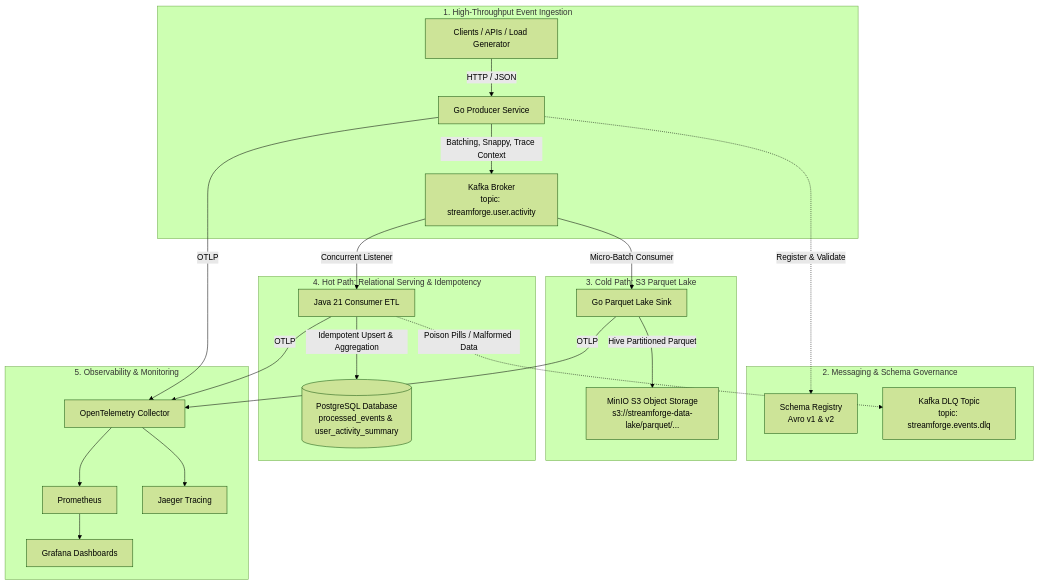
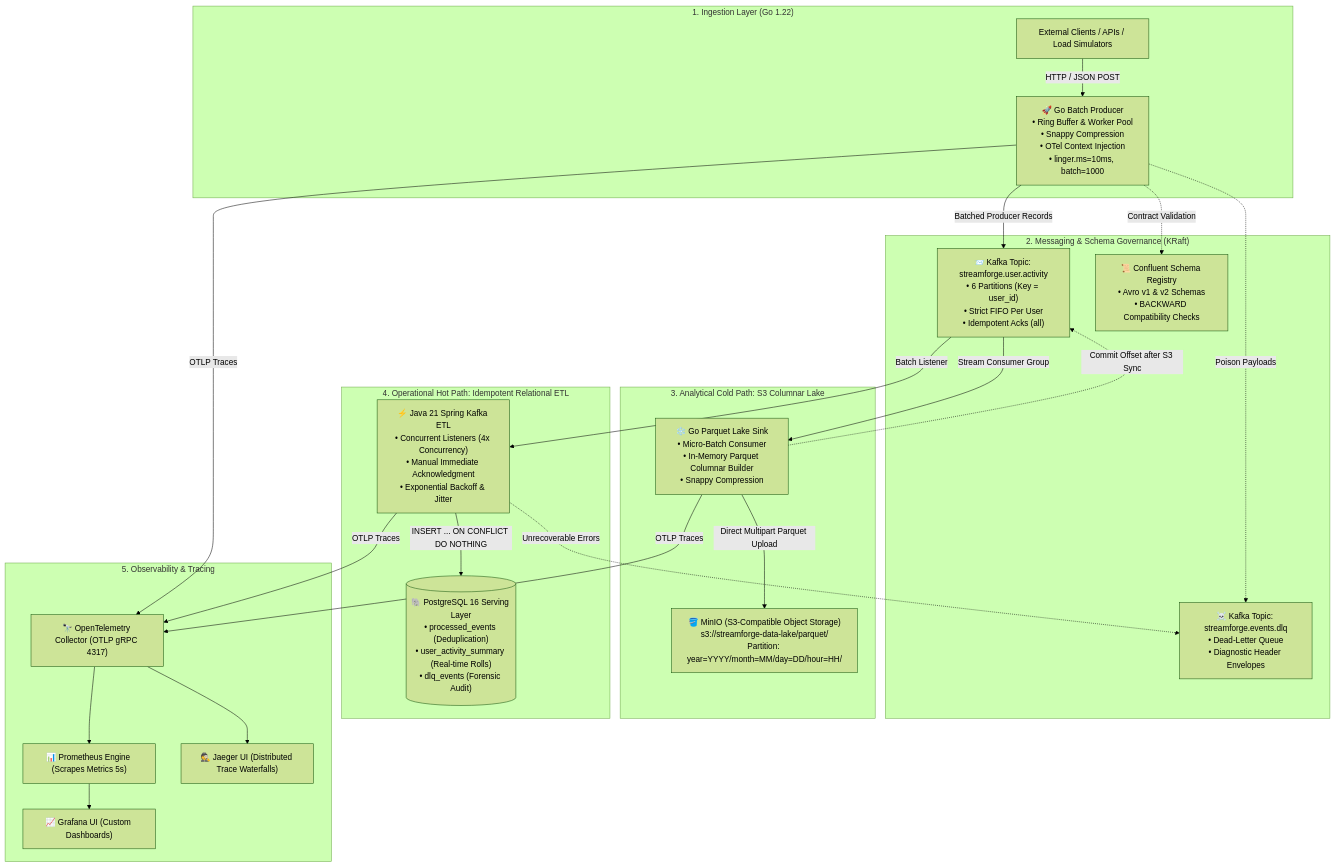
One commit to PremKudale/StreamForge---High-Throughput-Kafka-Data-Lake-Pipeline changed the first of 2 diagrams in README.md. Above: the diagram before and after it, drawn with Mermaid (forest theme). The commit also changed other lines of this file and 1 other file, not shown here.

````diff
--- a/README.md
+++ b/README.md
@@ -41,39 +44,50 @@
 ```mermaid
 flowchart TD
-    subgraph Producers ["1. High-Throughput Event Ingestion"]
-        P[Clients / APIs / Load Generator] -->|HTTP / JSON| GP[Go Producer Service]
-        GP -->|Batching, Snappy, Trace Context| KAFKA[Kafka Broker\ntopic: streamforge.user.activity]
+    subgraph INGESTION ["1. Ingestion Layer (Go 1.22)"]
+        Client[External Clients / APIs / Load Simulators]
+        GoProducer["🚀 Go Batch Producer\n• Ring Buffer & Worker Pool\n• Snappy Compression\n• OTel Context Injection\n• linger.ms=10ms, batch=1000"]
+        Client -->|HTTP / JSON POST| GoProducer
     end
 
-    subgraph Streaming ["2. Messaging & Schema Governance"]
-        KAFKA
-        REG[Schema Registry\nAvro v1 & v2]
-        DLQ[Kafka DLQ Topic\ntopic: streamforge.events.dlq]
-        GP -.->|Register & Validate| REG
+    subgraph MESSAGING ["2. Messaging & Schema Governance (KRaft)"]
+        KafkaMain["📨 Kafka Topic: streamforge.user.activity\n• 6 Partitions (Key = user_id)\n• Strict FIFO Per User\n• Idempotent Acks (all)"]
+        KafkaDLQ["☠️ Kafka Topic: streamforge.events.dlq\n• Dead-Letter Queue\n• Diagnostic Header Envelopes"]
+        SchemaReg["📜 Confluent Schema Registry\n• Avro v1 & v2 Schemas\n• BACKWARD Compatibility Checks"]
+        
+        GoProducer -->|Batched Producer Records| KafkaMain
+        GoProducer -.->|Poison Payloads| KafkaDLQ
+        GoProducer -.->|Contract Validation| SchemaReg
     end
 
-    subgraph AnalyticalLake ["3. Cold Path: S3 Parquet Lake"]
-        KAFKA -->|Micro-Batch Consumer| SINK[Go Parquet Lake Sink]
-        SINK -->|Hive Partitioned Parquet| MINIO[MinIO S3 Object Storage\ns3://streamforge-data-lake/parquet/...]
+    subgraph COLD_PATH ["3. Analytical Cold Path: S3 Columnar Lake"]
+        GoSink["❄️ Go Parquet Lake Sink\n• Micro-Batch Consumer\n• In-Memory Parquet Columnar Builder\n• Snappy Compression"]
+        MinIO["🪣 MinIO (S3-Compatible Object Storage)\ns3://streamforge-data-lake/parquet/\nPartition: year=YYYY/month=MM/day=DD/hour=HH/"]
+        
+        KafkaMain -->|Stream Consumer Group| GoSink
+        GoSink -->|Direct Multipart Parquet Upload| MinIO
+        GoSink -.->|Commit Offset after S3 Sync| KafkaMain
     end
 
-    subgraph OperationalETL ["4. Hot Path: Relational Serving & Idempotency"]
-        KAFKA -->|Concurrent Listener| JAVA[Java 21 Consumer ETL]
-        JAVA -->|Idempotent Upsert & Aggregation| PG[(PostgreSQL Database\nprocessed_events & user_activity_summary)]
-        JAVA -.->|Poison Pills / Malformed Data| DLQ
+    subgraph HOT_PATH ["4. Operational Hot Path: Idempotent Relational ETL"]
+        JavaETL["⚡ Java 21 Spring Kafka ETL\n• Concurrent Listeners (4x Concurrency)\n• Manual Immediate Acknowledgment\n• Exponential Backoff & Jitter"]
+        Postgres[("🐘 PostgreSQL 16 Serving Layer\n• processed_events (Deduplication)\n• user_activity_summary (Real-time Rolls)\n• dlq_events (Forensic Audit)")]
+        
+        KafkaMain -->|Batch Listener| JavaETL
+        JavaETL -->|INSERT ... ON CONFLICT DO NOTHING| Postgres
+        JavaETL -.->|Unrecoverable Errors| KafkaDLQ
     end
 
-    subgraph Observability ["5. Observability & Monitoring"]
-        OTEL[OpenTelemetry Collector]
-        PROM[Prometheus]
-        GRAF[Grafana Dashboards]
-        JAEGER[Jaeger Tracing]
-        
-        GP -->|OTLP| OTEL
-        JAVA -->|OTLP| OTEL
-        SINK -->|OTLP| OTEL
-        OTEL --> PROM
-        OTEL --> JAEGER
-        PROM --> GRAF
+    subgraph TELEMETRY ["5. Observability & Tracing"]
+        OTelCol["🔭 OpenTelemetry Collector (OTLP gRPC 4317)"]
+        Prom["📊 Prometheus Engine (Scrapes Metrics 5s)"]
+        Graf["📈 Grafana UI (Custom Dashboards)"]
+        Jaeger["🕵️ Jaeger UI (Distributed Trace Waterfalls)"]
+
+        GoProducer -->|OTLP Traces| OTelCol
+        GoSink -->|OTLP Traces| OTelCol
+        JavaETL -->|OTLP Traces| OTelCol
+        OTelCol --> Prom
+        OTelCol --> Jaeger
+        Prom --> Graf
     end
 ```
````
